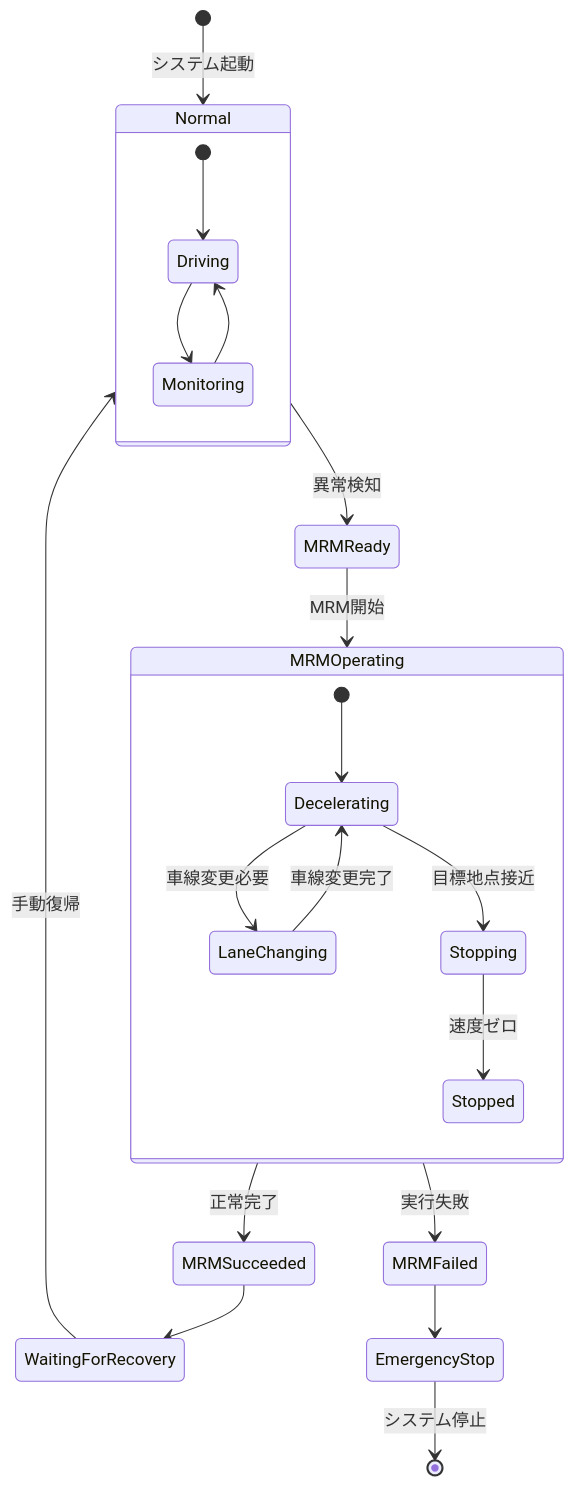
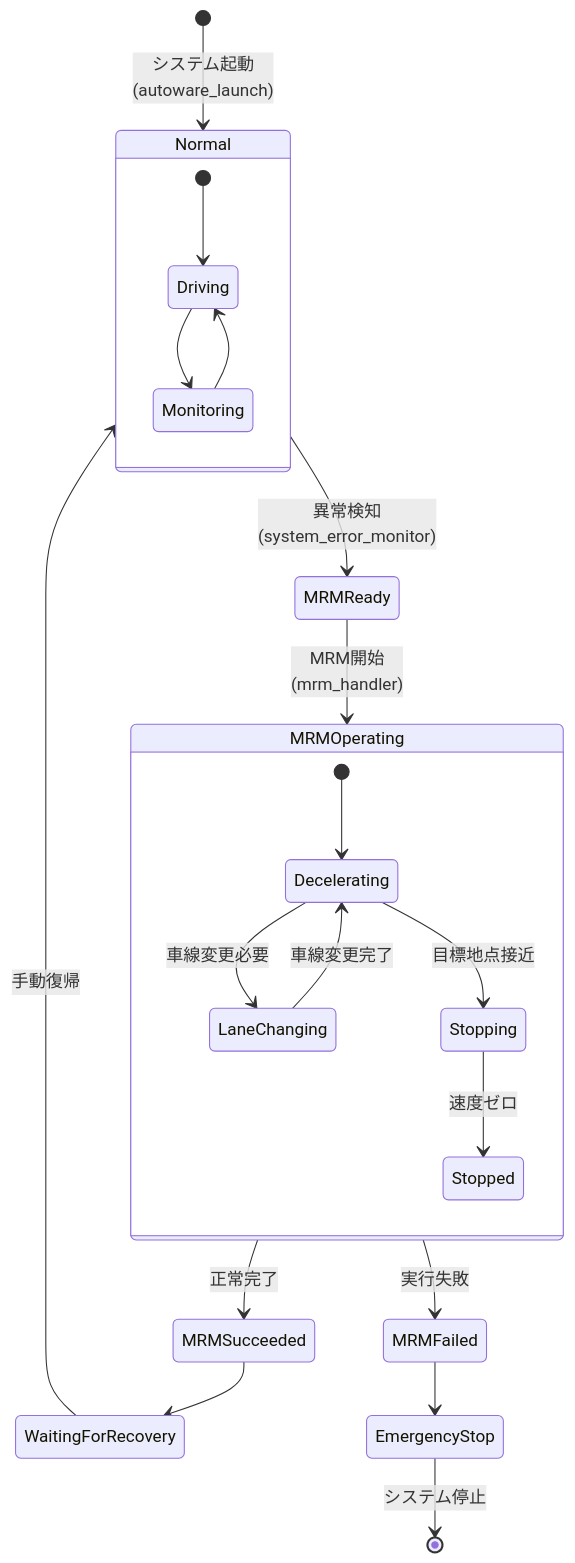
One commit to youtalk/autoware changed diagram 11 of 16 in autoware_mrm_detailed_documentation.md. Above: the diagram before and after it, drawn with Mermaid. The commit also changed other lines of this file and 1 other file, not shown here.

````diff
--- a/autoware_mrm_detailed_documentation.md
+++ b/autoware_mrm_detailed_documentation.md
@@ -413,30 +413,30 @@
 ```mermaid
 stateDiagram-v2
-    [*] --> Normal: システム起動
+    [*] --> Normal: システム起動<br/>(autoware_launch)
     
-    Normal --> MRMReady: 異常検知
-    MRMReady --> MRMOperating: MRM開始
+    Normal --> MRMReady: 異常検知<br/>(system_error_monitor)
+    MRMReady --> MRMOperating: MRM開始<br/>(mrm_handler)
     
     state MRMOperating {
         [*] --> Decelerating
         Decelerating --> LaneChanging: 車線変更必要
         Decelerating --> Stopping: 目標地点接近
         LaneChanging --> Decelerating: 車線変更完了
         Stopping --> Stopped: 速度ゼロ
     }
     
     MRMOperating --> MRMSucceeded: 正常完了
     MRMOperating --> MRMFailed: 実行失敗
     
     MRMSucceeded --> WaitingForRecovery
     MRMFailed --> EmergencyStop
     
     WaitingForRecovery --> Normal: 手動復帰
     EmergencyStop --> [*]: システム停止
     
     state Normal {
         [*] --> Driving
         Driving --> Monitoring
         Monitoring --> Driving
     }
 ```
````
